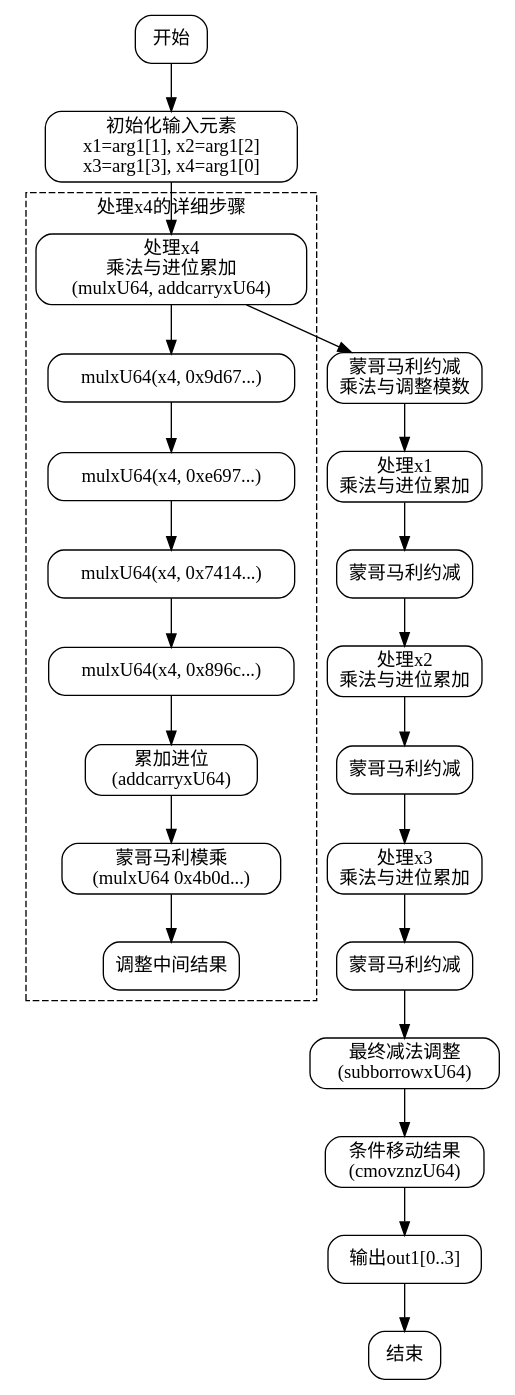
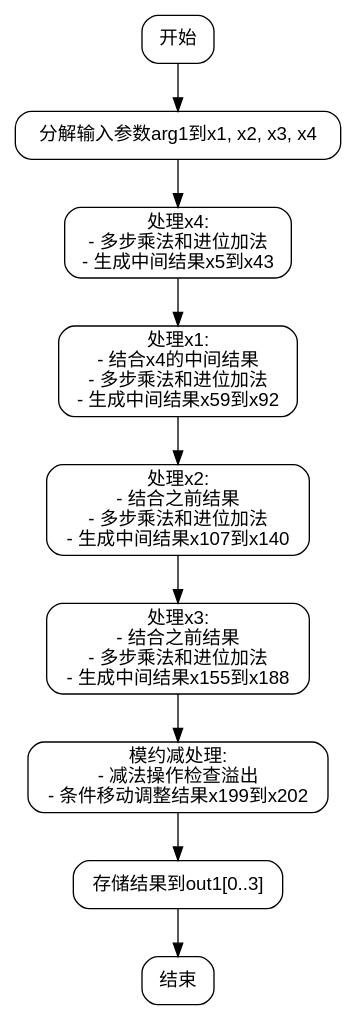
Before and after one commit to sdzx-1/deepseek-zig-reader: the diagram in dot_std/crypto/pcurves/secp256k1/secp256k1_scalar_64.zig.toMontgomery.md, drawn with Graphviz. The commit also changed other lines of this file and 236 other files, not shown here.

````diff
--- a/dot_std/crypto/pcurves/secp256k1/secp256k1_scalar_64.zig.toMontgomery.md
+++ b/dot_std/crypto/pcurves/secp256k1/secp256k1_scalar_64.zig.toMontgomery.md
@@ -28,49 +32,25 @@
 ```dot
 digraph flowchart {
-    node [shape=rectangle, style=rounded];
-    rankdir=TB;
+    node [shape=rectangle, style=rounded, fontname=Helvetica];
+    edge [fontname=Helvetica];
 
     start [label="开始"];
-    init [label="初始化输入元素\nx1=arg1[1], x2=arg1[2]\nx3=arg1[3], x4=arg1[0]"];
-    process_x4 [label="处理x4\n乘法与进位累加\n(mulxU64, addcarryxU64)"];
-    montgomery_reduce1 [label="蒙哥马利约减\n乘法与调整模数"];
-    process_x1 [label="处理x1\n乘法与进位累加"];
-    montgomery_reduce2 [label="蒙哥马利约减"];
-    process_x2 [label="处理x2\n乘法与进位累加"];
-    montgomery_reduce3 [label="蒙哥马利约减"];
-    process_x3 [label="处理x3\n乘法与进位累加"];
-    montgomery_reduce4 [label="蒙哥马利约减"];
-    final_sub [label="最终减法调整\n(subborrowxU64)"];
-    cmov [label="条件移动结果\n(cmovznzU64)"];
-    output [label="输出out1[0..3]"];
+    init [label="分解输入参数arg1到x1, x2, x3, x4"];
+    process_x4 [label="处理x4:\n- 多步乘法和进位加法\n- 生成中间结果x5到x43"];
+    process_x1 [label="处理x1:\n- 结合x4的中间结果\n- 多步乘法和进位加法\n- 生成中间结果x59到x92"];
+    process_x2 [label="处理x2:\n- 结合之前结果\n- 多步乘法和进位加法\n- 生成中间结果x107到x140"];
+    process_x3 [label="处理x3:\n- 结合之前结果\n- 多步乘法和进位加法\n- 生成中间结果x155到x188"];
+    modular_reduction [label="模约减处理:\n- 减法操作检查溢出\n- 条件移动调整结果x199到x202"];
+    store_result [label="存储结果到out1[0..3]"];
     end [label="结束"];
 
     start -> init;
     init -> process_x4;
-    process_x4 -> montgomery_reduce1;
-    montgomery_reduce1 -> process_x1;
-    process_x1 -> montgomery_reduce2;
-    montgomery_reduce2 -> process_x2;
-    process_x2 -> montgomery_reduce3;
-    montgomery_reduce3 -> process_x3;
-    process_x3 -> montgomery_reduce4;
-    montgomery_reduce4 -> final_sub;
-    final_sub -> cmov;
-    cmov -> output;
-    output -> end;
-
-    // 详细操作子图示例
-    subgraph cluster_x4_processing {
-        label="处理x4的详细步骤";
-        style=dashed;
-        mul1 [label="mulxU64(x4, 0x9d67...)"];
-        mul2 [label="mulxU64(x4, 0xe697...)"];
-        mul3 [label="mulxU64(x4, 0x7414...)"];
-        mul4 [label="mulxU64(x4, 0x896c...)"];
-        add1 [label="累加进位\n(addcarryxU64)"];
-        mul_mod [label="蒙哥马利模乘\n(mulxU64 0x4b0d...)"];
-        adjust [label="调整中间结果"];
-        process_x4 -> mul1 -> mul2 -> mul3 -> mul4 -> add1 -> mul_mod -> adjust;
-    }
+    process_x4 -> process_x1;
+    process_x1 -> process_x2;
+    process_x2 -> process_x3;
+    process_x3 -> modular_reduction;
+    modular_reduction -> store_result;
+    store_result -> end;
 }
 ```
````
